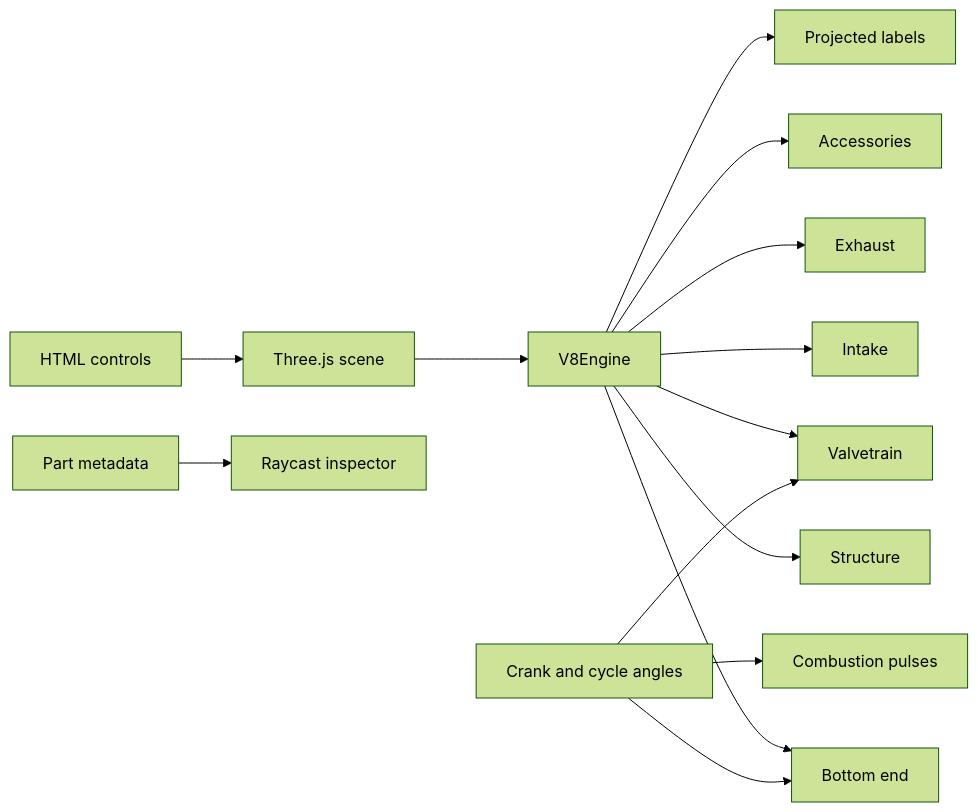
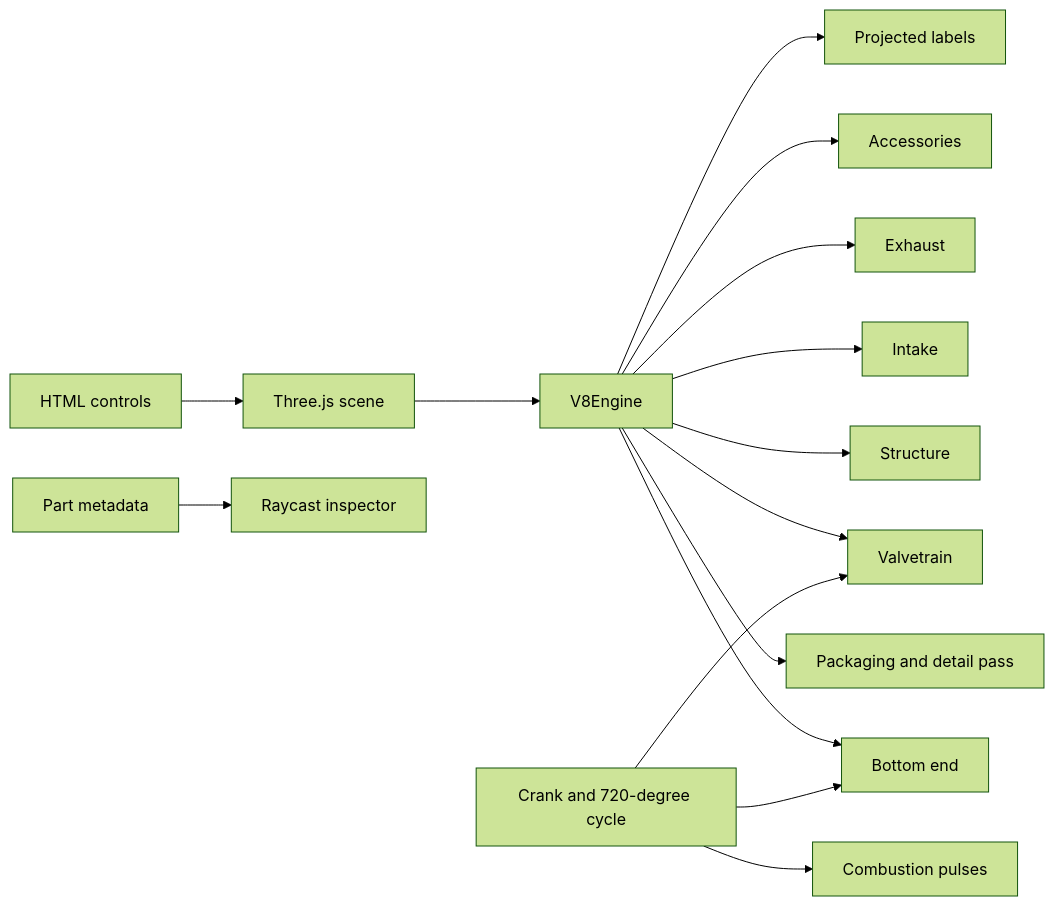
The diagram in README.md (ahojukka5/v8_engine), drawn with Mermaid (forest theme) before and after one commit. The commit also changed other lines of this file, not shown here.

Commit message:
Document precision controls and detail pass

````diff
--- a/README.md
+++ b/README.md
@@ -67,16 +88,17 @@
 ```mermaid
 flowchart LR
     UI[HTML controls] --> Scene[Three.js scene]
     Scene --> Engine[V8Engine]
+    Engine --> DetailPass[Packaging and detail pass]
     Engine --> Structure[Structure]
     Engine --> Rotating[Bottom end]
     Engine --> Valvetrain[Valvetrain]
     Engine --> Intake[Intake]
     Engine --> Exhaust[Exhaust]
     Engine --> Accessories[Accessories]
-    Clock[Crank and cycle angles] --> Rotating
+    Clock[Crank and 720-degree cycle] --> Rotating
     Clock --> Valvetrain
     Clock --> Fire[Combustion pulses]
     Metadata[Part metadata] --> Picking[Raycast inspector]
     Engine --> Labels[Projected labels]
 ```
````
